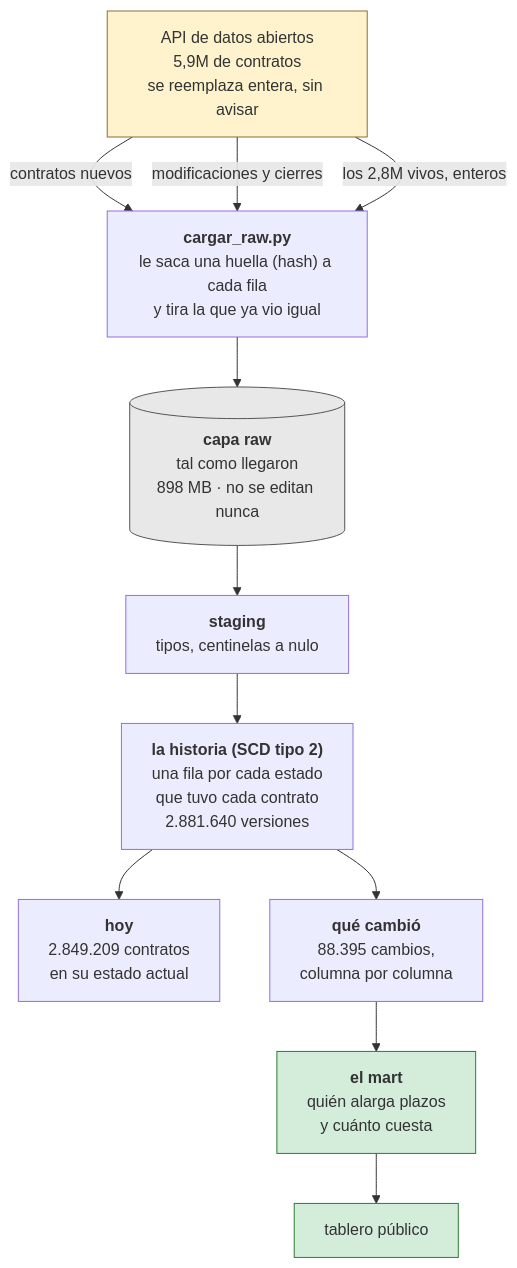
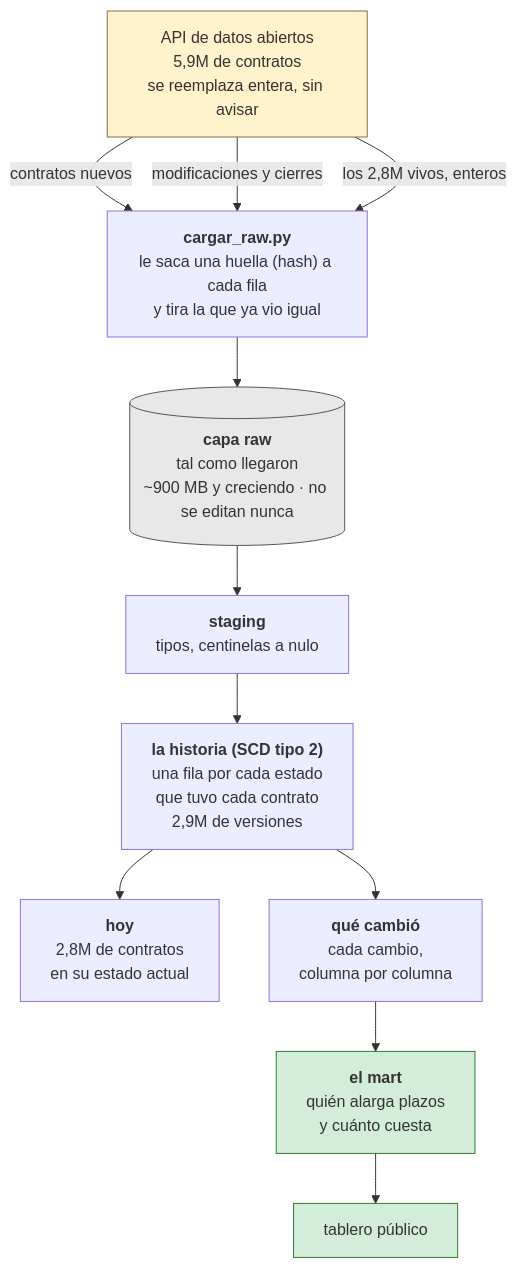
The diagram in README.md (cristian23cor/secop-analytics-platform), drawn with Mermaid before and after one commit. The commit also changed other lines of this file, not shown here.

Commit message:
Act2: readme

````diff
--- a/README.md
+++ b/README.md
@@ -25,24 +25,24 @@
 ```mermaid
 flowchart TD
     API["API de datos abiertos<br/>5,9M de contratos<br/>se reemplaza entera, sin avisar"]
 
     API -->|"contratos nuevos"| CARGA
     API -->|"modificaciones y cierres"| CARGA
     API -->|"los 2,8M vivos, enteros"| CARGA
 
     CARGA["<b>cargar_raw.py</b><br/>le saca una huella (hash) a cada fila<br/>y tira la que ya vio igual"]
-    CARGA --> RAW[("<b>capa raw</b><br/>tal como llegaron<br/>898 MB · no se editan nunca")]
+    CARGA --> RAW[("<b>capa raw</b><br/>tal como llegaron<br/>~900 MB y creciendo · no se editan nunca")]
 
     RAW --> LIMPIA["<b>staging</b><br/>tipos, centinelas a nulo"]
-    LIMPIA --> HIST["<b>la historia (SCD tipo 2)</b><br/>una fila por cada estado<br/>que tuvo cada contrato<br/>2.881.640 versiones"]
-    HIST --> HOY["<b>hoy</b><br/>2.849.209 contratos<br/>en su estado actual"]
-    HIST --> CAMBIOS["<b>qué cambió</b><br/>88.395 cambios,<br/>columna por columna"]
+    LIMPIA --> HIST["<b>la historia (SCD tipo 2)</b><br/>una fila por cada estado<br/>que tuvo cada contrato<br/>2,9M de versiones"]
+    HIST --> HOY["<b>hoy</b><br/>2,8M de contratos<br/>en su estado actual"]
+    HIST --> CAMBIOS["<b>qué cambió</b><br/>cada cambio,<br/>columna por columna"]
     CAMBIOS --> MART["<b>el mart</b><br/>quién alarga plazos<br/>y cuánto cuesta"]
 
     MART --> TABLERO["tablero público"]
 
     style API fill:#fff3cd,stroke:#8a6d3b
     style RAW fill:#e8e8e8,stroke:#555
     style MART fill:#d4edda,stroke:#2e7d32
     style TABLERO fill:#d4edda,stroke:#2e7d32
 ```
````
